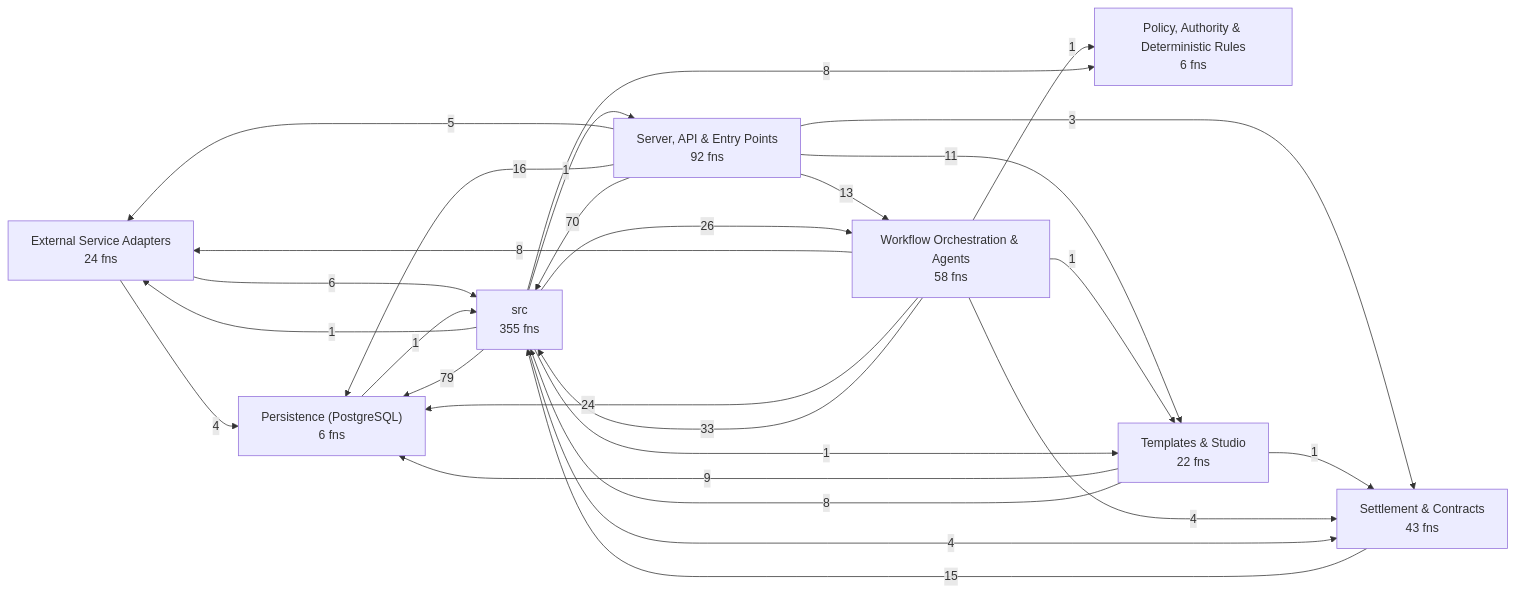
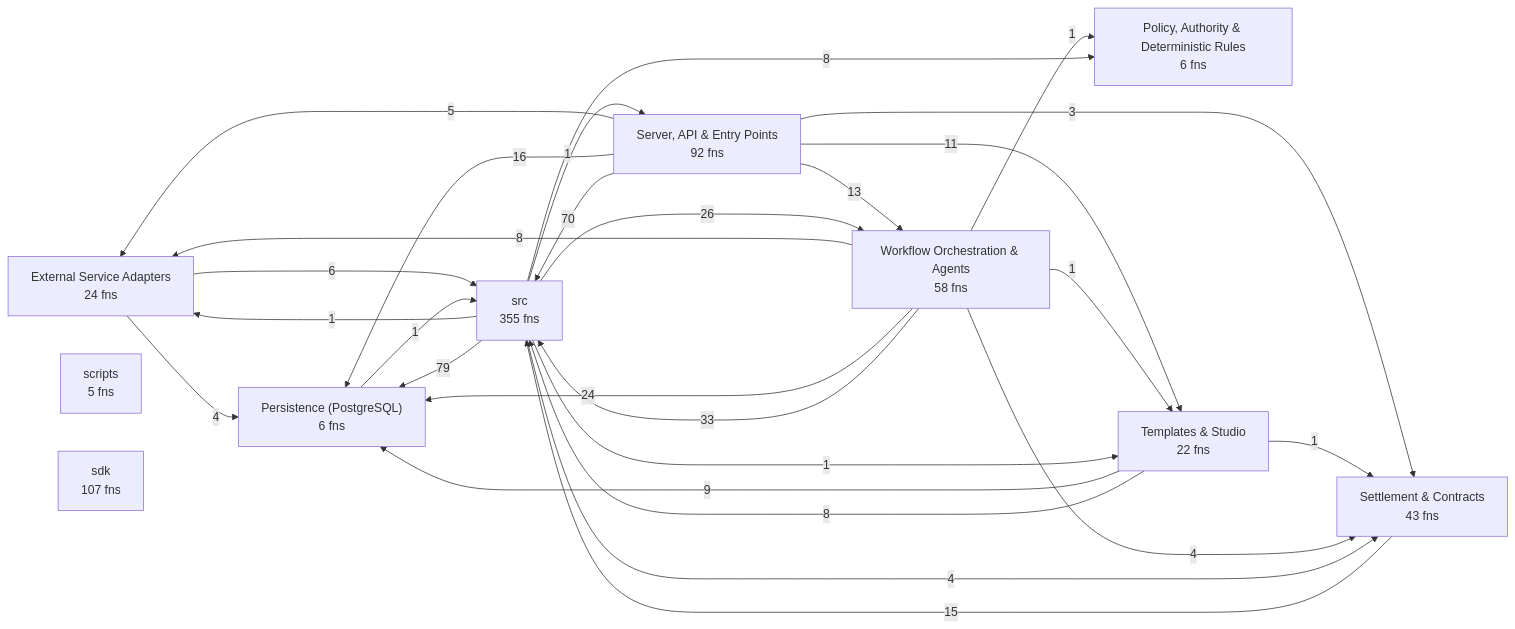
One commit to Jaydearcadian/bind changed the first of 10 diagrams in docs/CODEBASE_MAP.md. Above: the diagram before and after it, drawn with Mermaid. The commit also changed other lines of this file and 17 other files, not shown here.

````diff
--- a/docs/CODEBASE_MAP.md
+++ b/docs/CODEBASE_MAP.md
@@ -12,37 +12,39 @@
 ```mermaid
 flowchart LR
   L0["External Service Adapters<br/>24 fns"]
   L1["Persistence (PostgreSQL)<br/>6 fns"]
   L2["Policy, Authority & Deterministic Rules<br/>6 fns"]
   L3["Server, API & Entry Points<br/>92 fns"]
   L4["Settlement & Contracts<br/>43 fns"]
   L5["Templates & Studio<br/>22 fns"]
   L6["Workflow Orchestration & Agents<br/>58 fns"]
-  L7["src<br/>355 fns"]
+  L7["scripts<br/>5 fns"]
+  L8["sdk<br/>107 fns"]
+  L9["src<br/>355 fns"]
   L0 -->|4| L1
-  L0 -->|6| L7
-  L1 -->|1| L7
+  L0 -->|6| L9
+  L1 -->|1| L9
   L3 -->|5| L0
   L3 -->|16| L1
   L3 -->|3| L4
   L3 -->|11| L5
   L3 -->|13| L6
-  L3 -->|70| L7
-  L4 -->|15| L7
+  L3 -->|70| L9
+  L4 -->|15| L9
   L5 -->|9| L1
   L5 -->|1| L4
-  L5 -->|8| L7
+  L5 -->|8| L9
   L6 -->|8| L0
   L6 -->|24| L1
   L6 -->|1| L2
   L6 -->|4| L4
   L6 -->|1| L5
-  L6 -->|33| L7
-  L7 -->|1| L0
-  L7 -->|79| L1
-  L7 -->|8| L2
-  L7 -->|1| L3
-  L7 -->|4| L4
-  L7 -->|1| L5
-  L7 -->|26| L6
+  L6 -->|33| L9
+  L9 -->|1| L0
+  L9 -->|79| L1
+  L9 -->|8| L2
+  L9 -->|1| L3
+  L9 -->|4| L4
+  L9 -->|1| L5
+  L9 -->|26| L6
 ```
````
